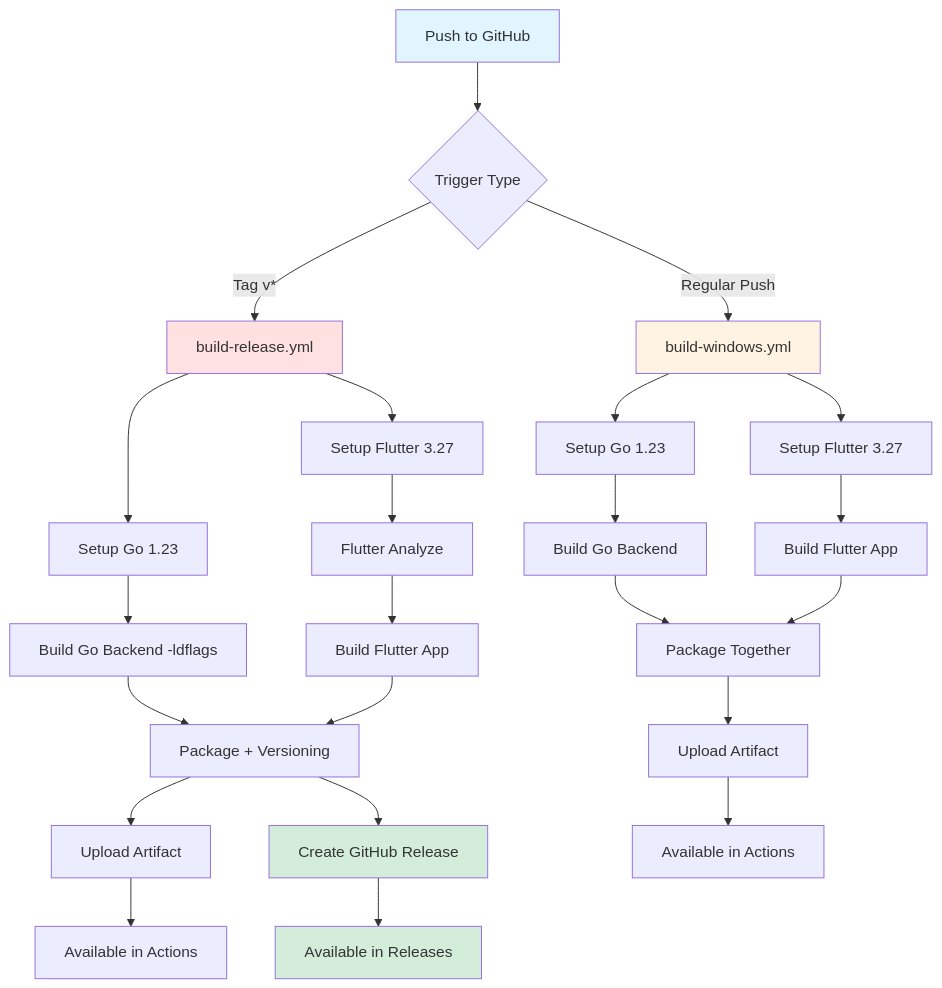
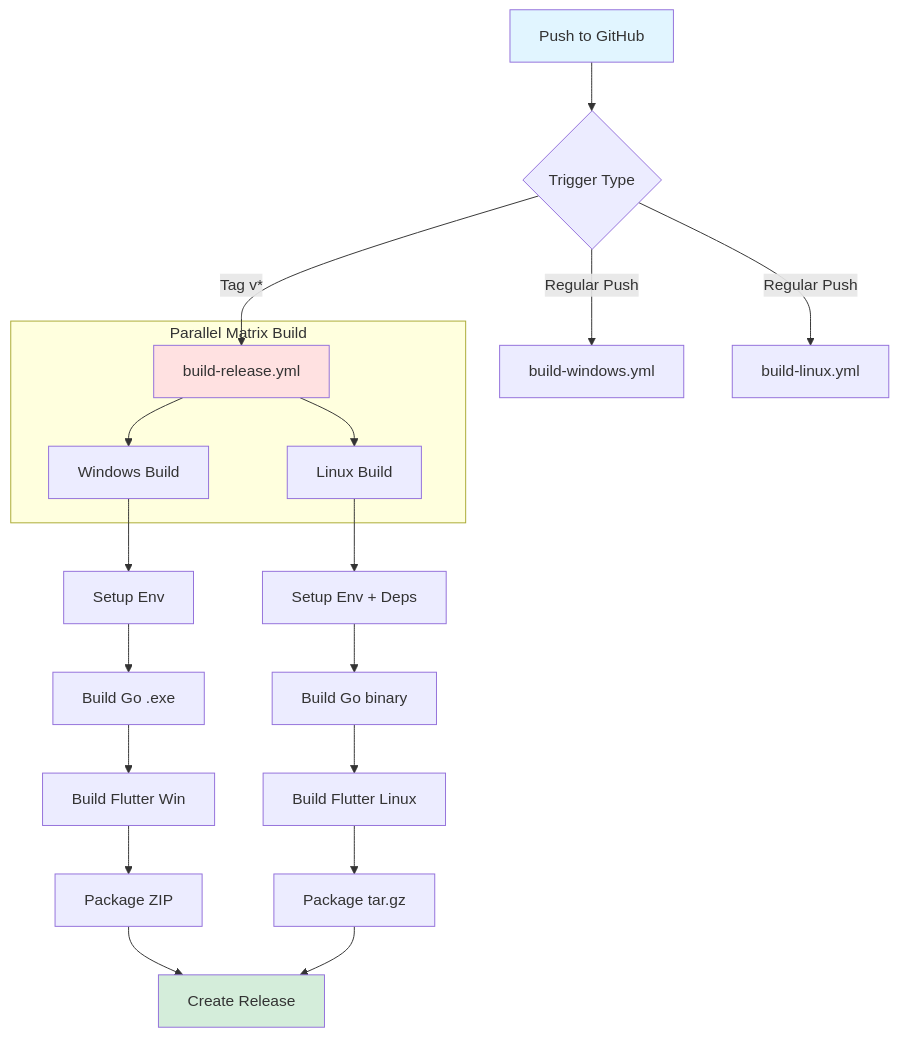
Before and after one commit to dreikk91/cid_retranslator_flutter: the first of 5 diagrams in .github/WORKFLOW_DIAGRAMS.md, drawn with Mermaid. The commit also changed other lines of this file and 5 other files, not shown here.

Commit message:
feat: Introduce a dedicated Linux build workflow and extend the release workflow to support both Windows and Linux builds via a matrix strategy, updating related documentation.

````diff
--- a/.github/WORKFLOW_DIAGRAMS.md
+++ b/.github/WORKFLOW_DIAGRAMS.md
@@ -5,39 +5,31 @@
 ```mermaid
 graph TB
     A[Push to GitHub] --> B{Trigger Type}
     B -->|Regular Push| C[build-windows.yml]
-    B -->|Tag v*| D[build-release.yml]
+    B -->|Regular Push| D[build-linux.yml]
+    B -->|Tag v*| E[build-release.yml]
     
-    C --> E1[Setup Go 1.23]
-    C --> E2[Setup Flutter 3.27]
+    subgraph "Parallel Matrix Build"
+        E --> F1[Windows Build]
+        E --> F2[Linux Build]
+    end
     
-    D --> F1[Setup Go 1.23]
-    D --> F2[Setup Flutter 3.27]
+    F1 --> G1[Setup Env]
+    F2 --> G2[Setup Env + Deps]
     
-    E1 --> G1[Build Go Backend]
-    E2 --> G2[Build Flutter App]
+    G1 --> H1[Build Go .exe]
+    G2 --> H2[Build Go binary]
     
-    F1 --> H1[Build Go Backend -ldflags]
-    F2 --> H2[Flutter Analyze]
-    H2 --> H3[Build Flutter App]
+    H1 --> I1[Build Flutter Win]
+    H2 --> I2[Build Flutter Linux]
     
-    G1 --> I1[Package Together]
-    G2 --> I1
+    I1 --> J1[Package ZIP]
+    I2 --> J2[Package tar.gz]
     
-    H1 --> I2[Package + Versioning]
-    H3 --> I2
-    
-    I1 --> J1[Upload Artifact]
-    I2 --> J2[Upload Artifact]
-    I2 --> K[Create GitHub Release]
-    
-    J1 --> L1[Available in Actions]
-    J2 --> L2[Available in Actions]
-    K --> L3[Available in Releases]
+    J1 --> K[Create Release]
+    J2 --> K
     
     style A fill:#e1f5ff
-    style C fill:#fff4e1
-    style D fill:#ffe1e1
+    style E fill:#ffe1e1
     style K fill:#d4edda
-    style L3 fill:#d4edda
 ```
````
